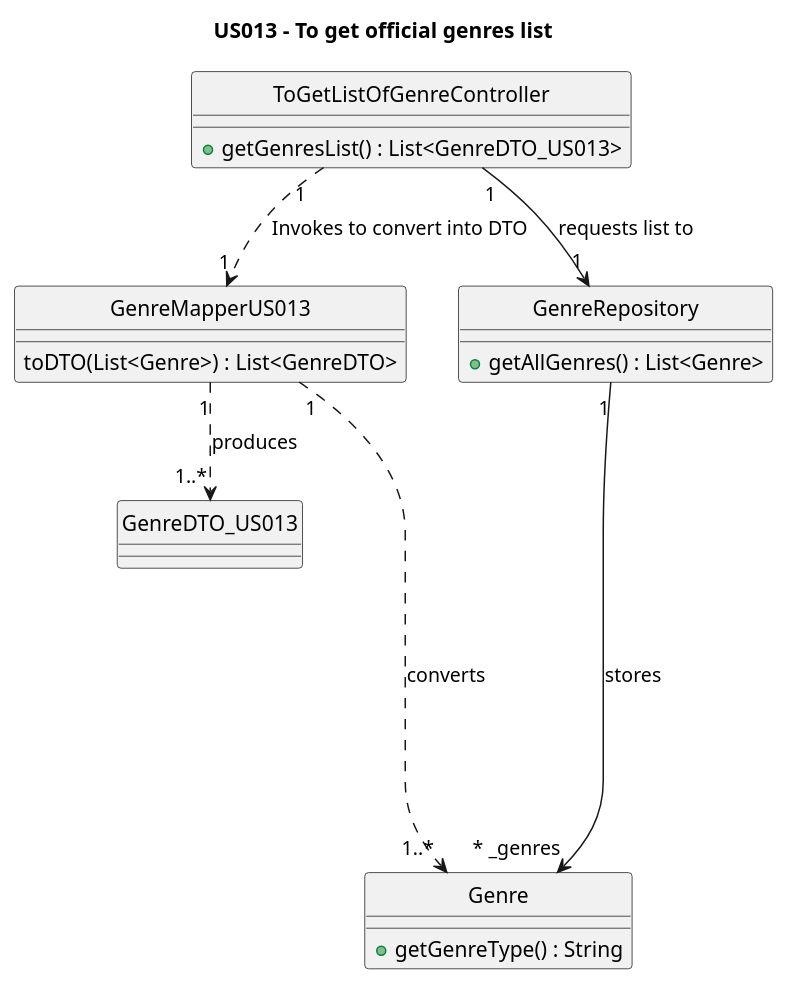
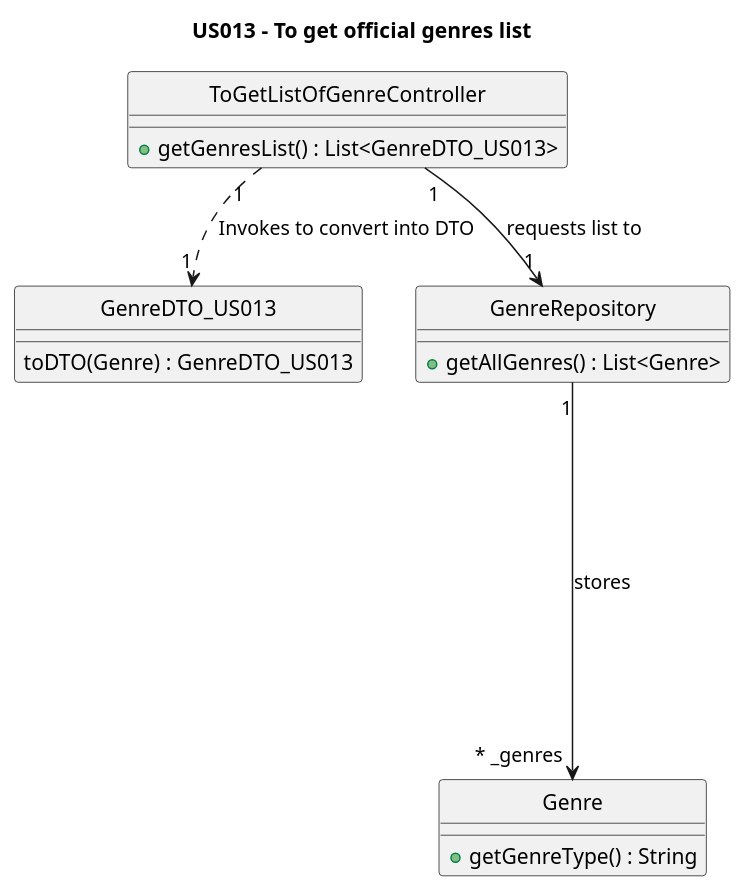
Before and after one commit to AndrePereiraGitH/SWitCH-Project-Team_A: the diagram in Diagrams/ClassDiagrams/US013-to-get-official-genres-list.puml, drawn with PlantUML. The commit also changed 1 other file, not shown here.

Commit message:
Working on #233, refactor: remove mapper from US013 DTO in SD and CD

```diff
--- a/Diagrams/ClassDiagrams/US013-to-get-official-genres-list.puml
+++ b/Diagrams/ClassDiagrams/US013-to-get-official-genres-list.puml
@@ -1,32 +1,27 @@
 @startuml
 hide circle
 
 title US013 - To get official genres list
 
 class ToGetListOfGenreController {
   +getGenresList() : List<GenreDTO_US013>
 }
 
-class GenreMapperUS013 {
-    toDTO(List<Genre>) : List<GenreDTO>
-}
-
 class GenreDTO_US013 {
+toDTO(Genre) : GenreDTO_US013
 }
 
 class GenreRepository {
   +getAllGenres() : List<Genre>
 }
 
 class Genre {
     +getGenreType() : String
 }
 
 ' Interactions
-ToGetListOfGenreController "1"..> "1" GenreMapperUS013 : Invokes to convert into DTO
+ToGetListOfGenreController "1"..> "1" GenreDTO_US013 : Invokes to convert into DTO
 ToGetListOfGenreController "1"--> "1" GenreRepository : requests list to
-GenreMapperUS013 "1"..> "1..*" GenreDTO_US013 : produces
-GenreMapperUS013 "1"..> "1..*" Genre : converts
 GenreRepository "1"-----> "   * _genres" Genre : stores
 
 @enduml
```
